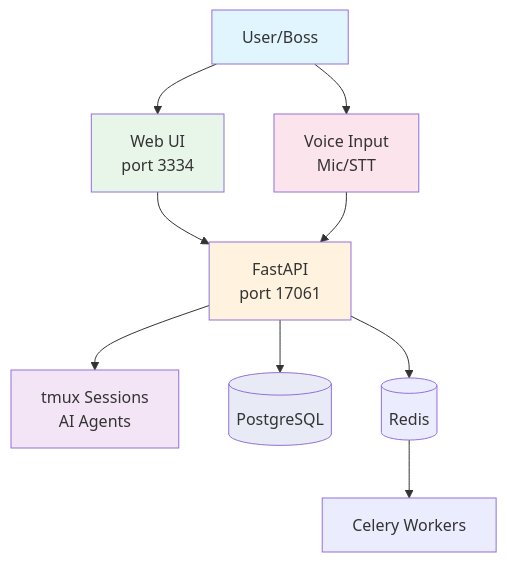
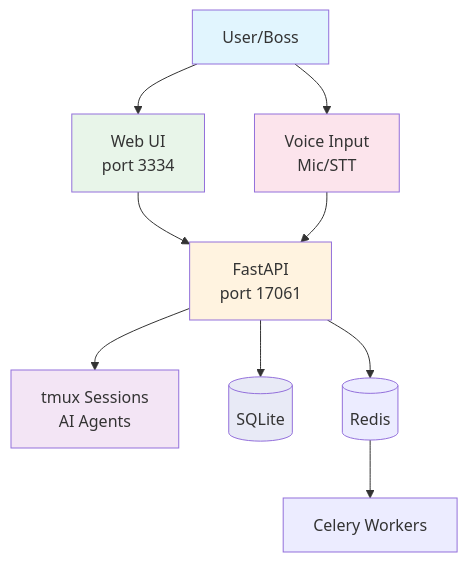
One commit to hungson175/AI-teams-controller-public changed the first of 2 diagrams in AI-teams-controller-public/docs/generated-docs/ARCHITECTURE.md. Above: the diagram before and after it, drawn with Mermaid. The commit also changed other lines of this file and 7 other files, not shown here.

First line of the commit message:
refactor: remove ALL PostgreSQL support (SQLite only)

````diff
--- a/AI-teams-controller-public/docs/generated-docs/ARCHITECTURE.md
+++ b/AI-teams-controller-public/docs/generated-docs/ARCHITECTURE.md
@@ -7,21 +7,21 @@
 ```mermaid
 flowchart TB
     User[User/Boss]
 
     User --> WebUI[Web UI<br/>port 3334]
     User --> Voice[Voice Input<br/>Mic/STT]
 
     WebUI --> FastAPI[FastAPI<br/>port 17061]
     Voice --> FastAPI
     FastAPI --> Tmux[tmux Sessions<br/>AI Agents]
-    FastAPI --> PostgreSQL[(PostgreSQL)]
+    FastAPI --> SQLite[(SQLite)]
     FastAPI --> Redis[(Redis)]
     Redis --> Celery[Celery Workers]
 
     style User fill:#e1f5fe
     style FastAPI fill:#fff3e0
     style WebUI fill:#e8f5e9
     style Voice fill:#fce4ec
     style Tmux fill:#f3e5f5
-    style PostgreSQL fill:#e8eaf6
+    style SQLite fill:#e8eaf6
 ```
````
